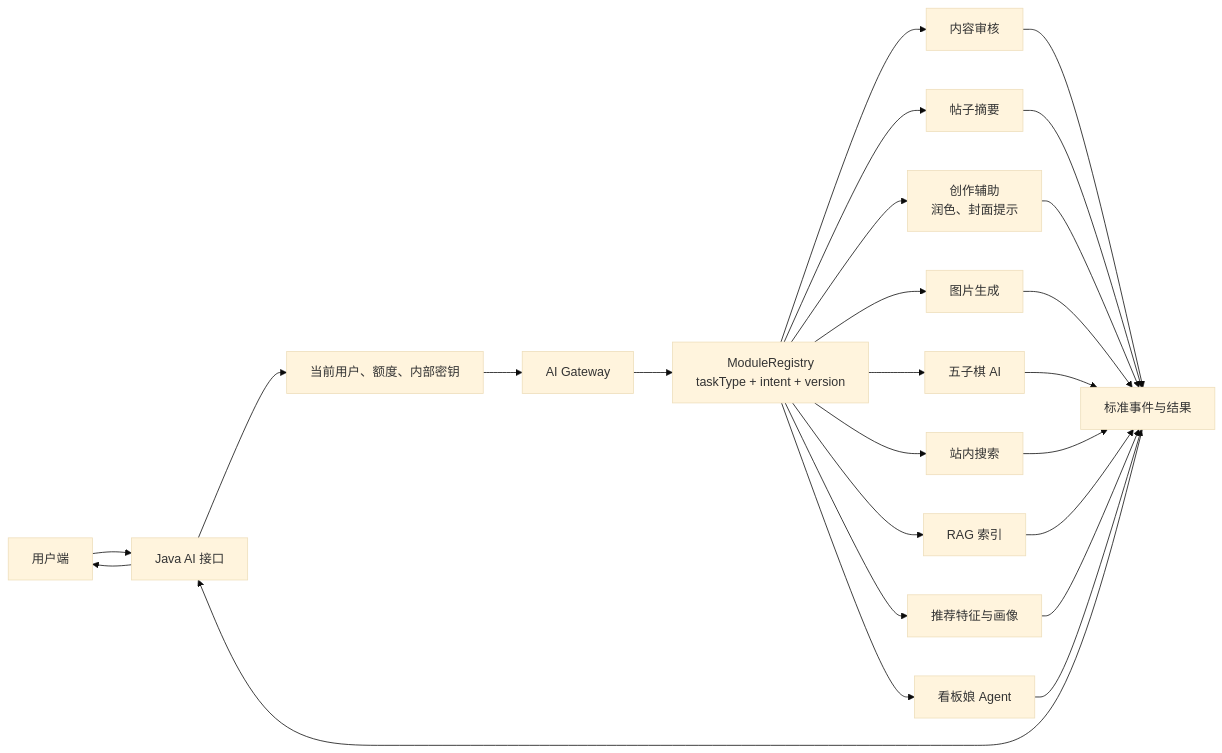
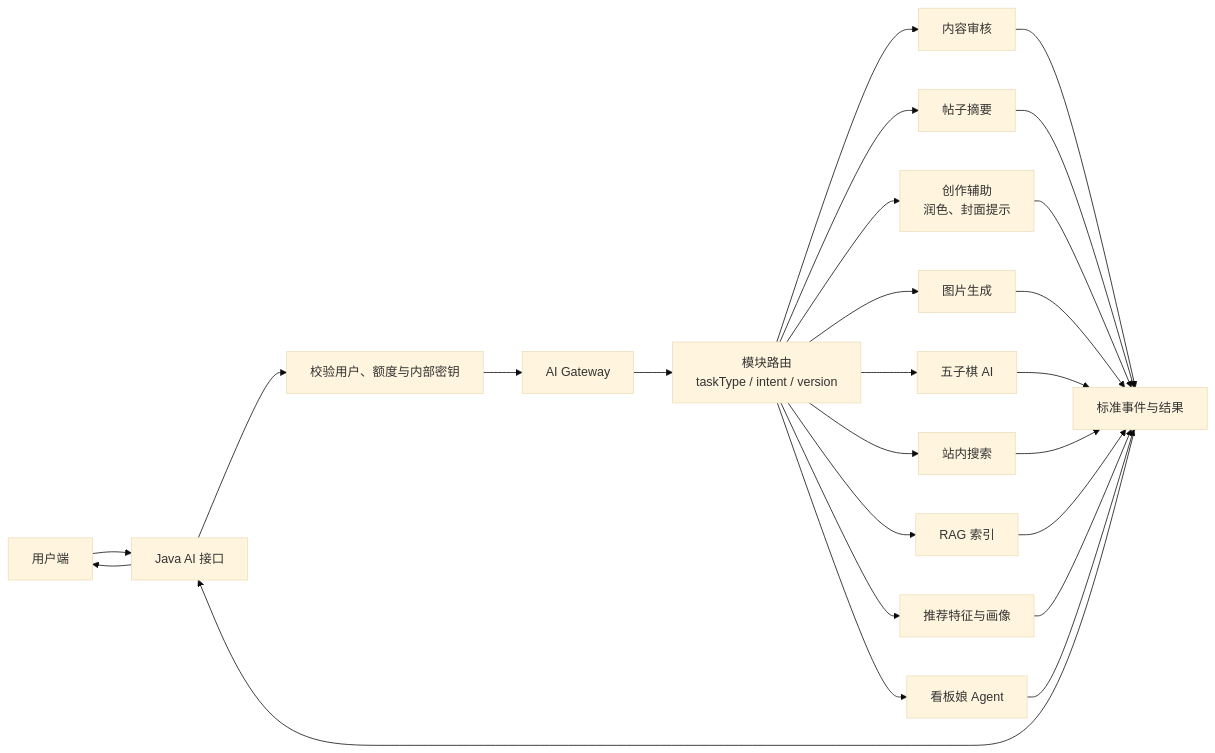
Before and after one commit to pluchon/mengmeng_forum: the eighth of 19 diagrams in README.md, drawn with Mermaid (base theme). The commit also changed other lines of this file, not shown here.

````diff
--- a/README.md
+++ b/README.md
@@ -174,27 +197,27 @@
 ```mermaid
 flowchart LR
   FE["用户端"] --> J["Java AI 接口"]
-  J --> AUTH["当前用户、额度、内部密钥"]
+  J --> AUTH["校验用户、额度与内部密钥"]
   AUTH --> G["AI Gateway"]
-  G --> ROUTE["ModuleRegistry<br/>taskType + intent + version"]
+  G --> ROUTE["模块路由<br/>taskType / intent / version"]
   ROUTE --> MOD["内容审核"]
   ROUTE --> SUM["帖子摘要"]
   ROUTE --> CRE["创作辅助<br/>润色、封面提示"]
   ROUTE --> IMG["图片生成"]
   ROUTE --> GAME["五子棋 AI"]
   ROUTE --> SEARCH["站内搜索"]
   ROUTE --> RAG["RAG 索引"]
   ROUTE --> REC["推荐特征与画像"]
   ROUTE --> MASCOT["看板娘 Agent"]
   MOD --> RESULT["标准事件与结果"]
   SUM --> RESULT
   CRE --> RESULT
   IMG --> RESULT
   GAME --> RESULT
   SEARCH --> RESULT
   RAG --> RESULT
   REC --> RESULT
   MASCOT --> RESULT
   RESULT --> J
   J --> FE
 ```
````
